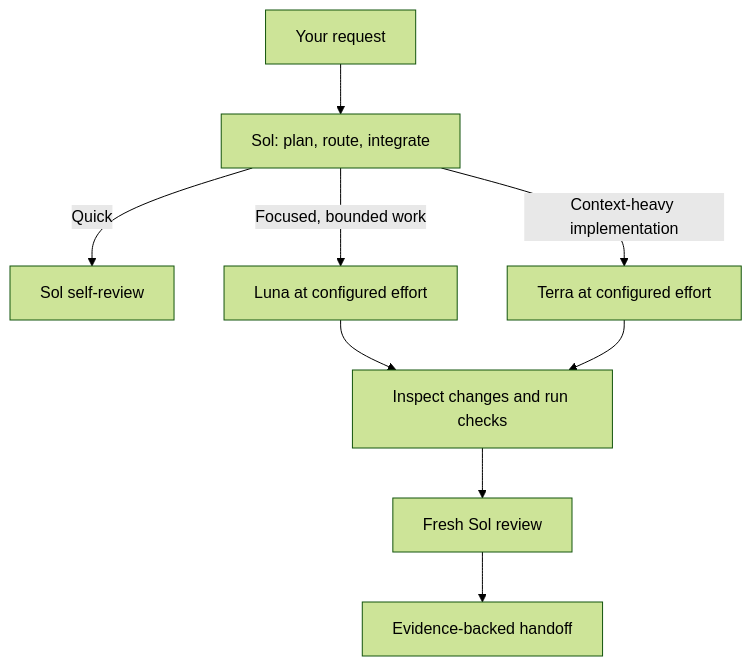
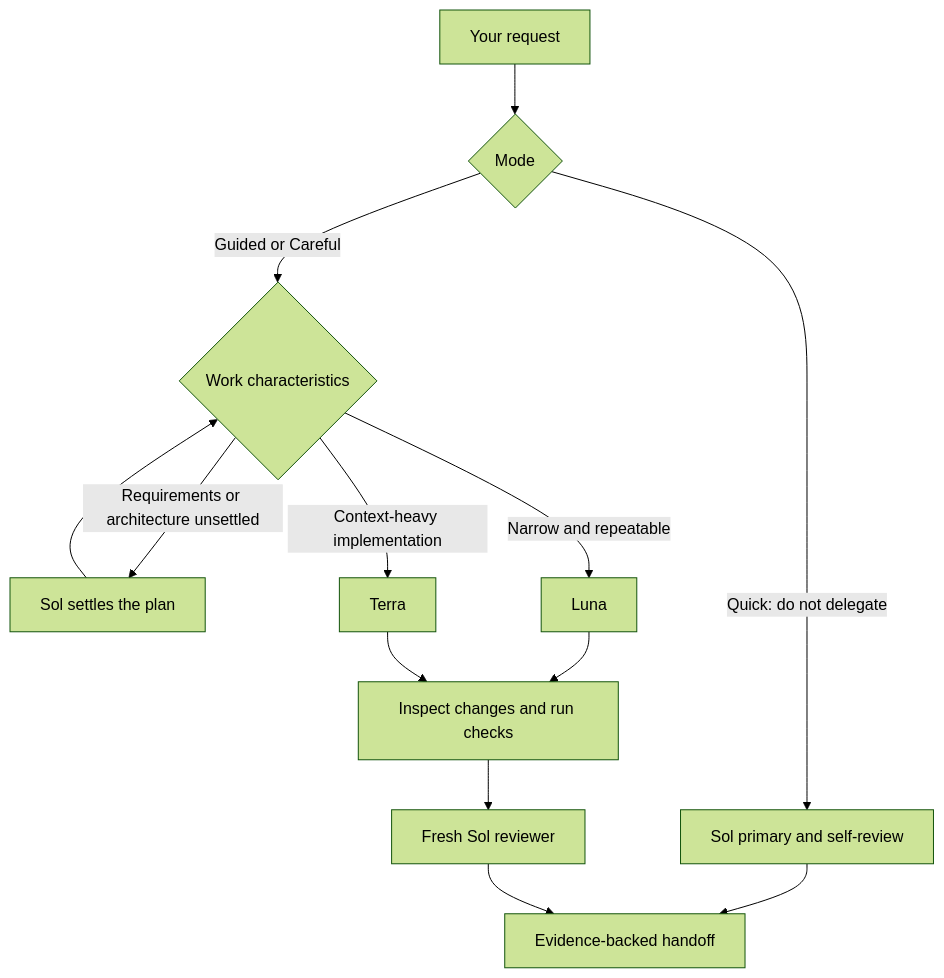
The first of 2 diagrams in README.md (Demonbane18/astral-orchestrator), drawn with Mermaid (forest theme) before and after one commit. The commit also changed other lines of this file and 7 other files, not shown here.

```diff
--- a/README.md
+++ b/README.md
@@ -127,11 +151,15 @@
 ~~~mermaid
 flowchart TD
-  Request[Your request] --> Sol[Sol: plan, route, integrate]
-  Sol -->|Quick| SelfReview[Sol self-review]
-  Sol -->|Focused, bounded work| Luna[Luna at configured effort]
-  Sol -->|Context-heavy implementation| Terra[Terra at configured effort]
+  Request[Your request] --> Mode{Mode}
+  Mode -->|Quick: do not delegate| QuickSol[Sol primary and self-review]
+  QuickSol --> Handoff[Evidence-backed handoff]
+  Mode -->|Guided or Careful| Work{Work characteristics}
+  Work -->|Requirements or architecture unsettled| Sol[Sol settles the plan]
+  Sol --> Work
+  Work -->|Narrow and repeatable| Luna[Luna]
+  Work -->|Context-heavy implementation| Terra[Terra]
   Luna --> Checks[Inspect changes and run checks]
   Terra --> Checks
-  Checks --> Review[Fresh Sol review]
+  Checks --> Review[Fresh Sol reviewer]
   Review --> Handoff[Evidence-backed handoff]
 ~~~
```
